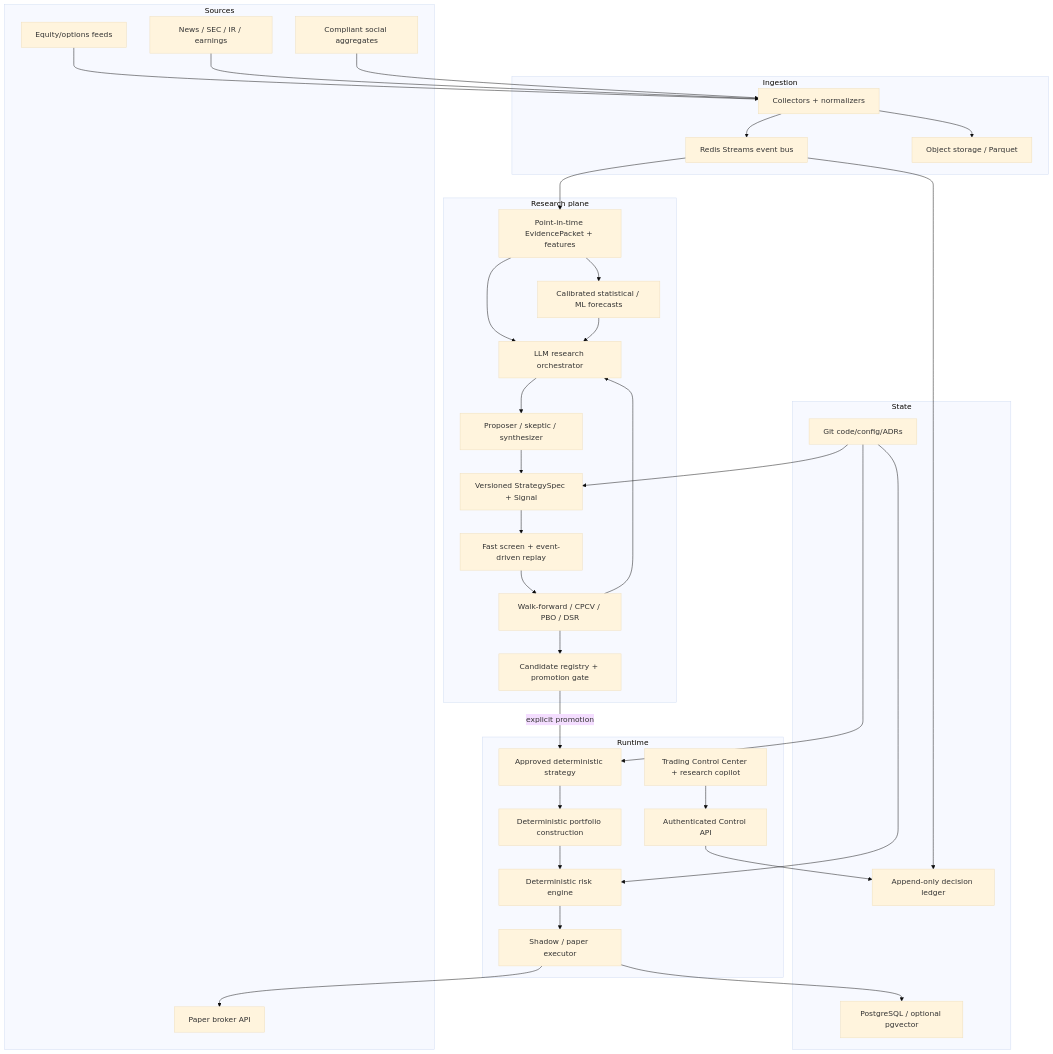
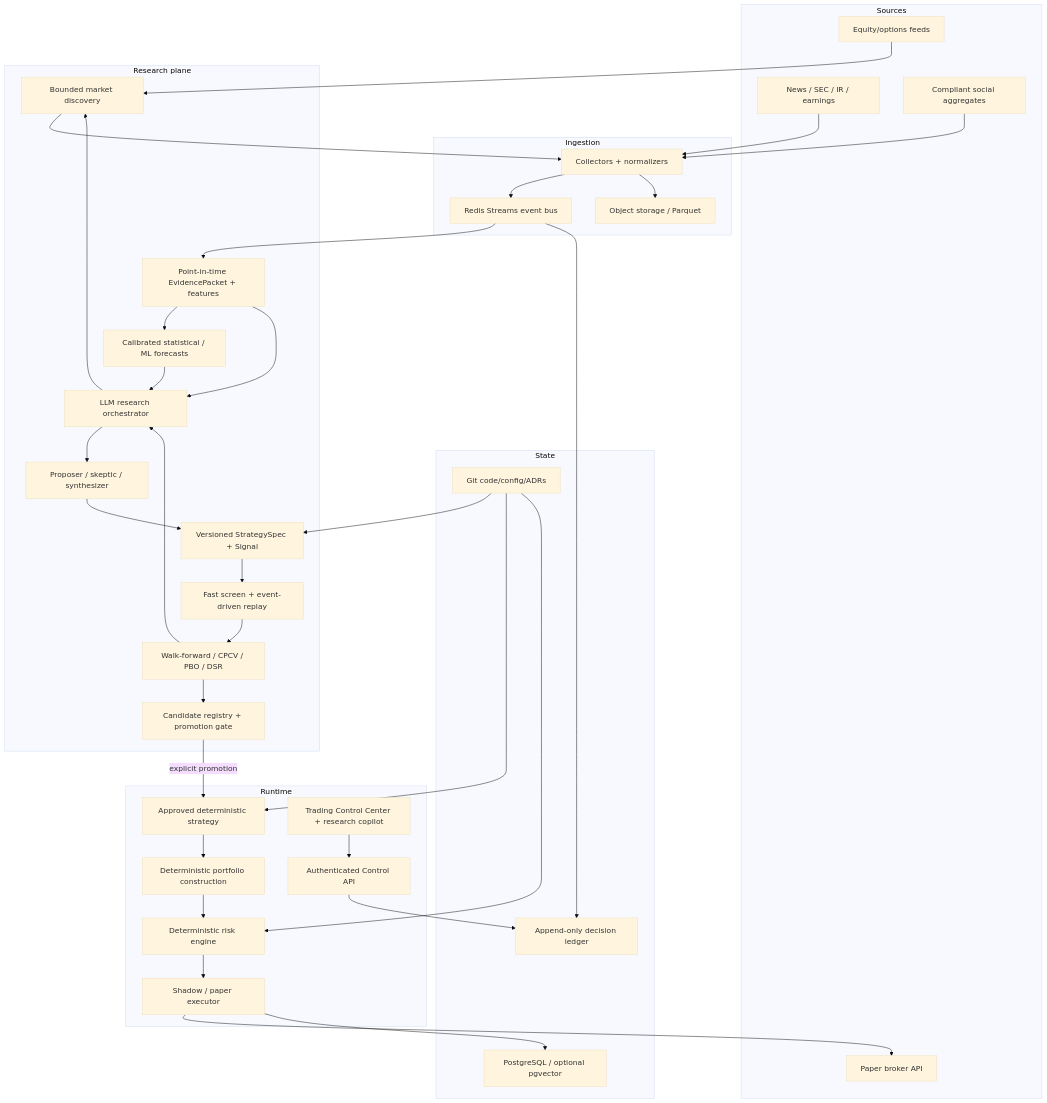
One commit to wsjnohyeah/qagent changed the second of 2 diagrams in context.md. Above: the diagram before and after it, drawn with Mermaid (base theme). The commit also changed other lines of this file and 22 other files, not shown here.

Commit message:
Add bounded dynamic market discovery

````diff
--- a/context.md
+++ b/context.md
@@ -719,59 +734,61 @@
 ```mermaid
 flowchart TB
     subgraph Sources
       MARKET["Equity/options feeds"]
       DOCS["News / SEC / IR / earnings"]
       SOCIAL["Compliant social aggregates"]
       BROKER["Paper broker API"]
     end
     subgraph Ingestion
       COLLECT["Collectors + normalizers"]
       BUS["Redis Streams event bus"]
       RAW["Object storage / Parquet"]
     end
     subgraph Research["Research plane"]
+      DISCOVERY["Bounded market discovery"]
       EVIDENCE["Point-in-time EvidencePacket + features"]
       ML["Calibrated statistical / ML forecasts"]
       LLM["LLM research orchestrator"]
       AGENTS["Proposer / skeptic / synthesizer"]
       SPEC["Versioned StrategySpec + Signal"]
       BACKTEST["Fast screen + event-driven replay"]
       VALIDATE["Walk-forward / CPCV / PBO / DSR"]
       REGISTRY["Candidate registry + promotion gate"]
     end
     subgraph Runtime
       APPROVED["Approved deterministic strategy"]
       PORTFOLIO["Deterministic portfolio construction"]
       HARD_RISK["Deterministic risk engine"]
       EXEC["Shadow / paper executor"]
       CONTROL["Authenticated Control API"]
       WEB["Trading Control Center + research copilot"]
     end
     subgraph State
       POSTGRES["PostgreSQL / optional pgvector"]
       LEDGER2["Append-only decision ledger"]
       GIT["Git code/config/ADRs"]
     end
-    MARKET --> COLLECT
+    MARKET --> DISCOVERY --> COLLECT
     DOCS --> COLLECT
     SOCIAL --> COLLECT
     COLLECT --> BUS
     COLLECT --> RAW
     BUS --> EVIDENCE
     EVIDENCE --> ML
     EVIDENCE --> LLM
     ML --> LLM
+    LLM --> DISCOVERY
     LLM --> AGENTS --> SPEC
     SPEC --> BACKTEST --> VALIDATE --> REGISTRY
     VALIDATE --> LLM
     REGISTRY -->|explicit promotion| APPROVED
     APPROVED --> PORTFOLIO --> HARD_RISK
     HARD_RISK --> EXEC --> BROKER
     EXEC --> POSTGRES
     BUS --> LEDGER2
     CONTROL --> LEDGER2
     WEB --> CONTROL
     GIT --> SPEC
     GIT --> APPROVED
     GIT --> HARD_RISK
 ```
````
